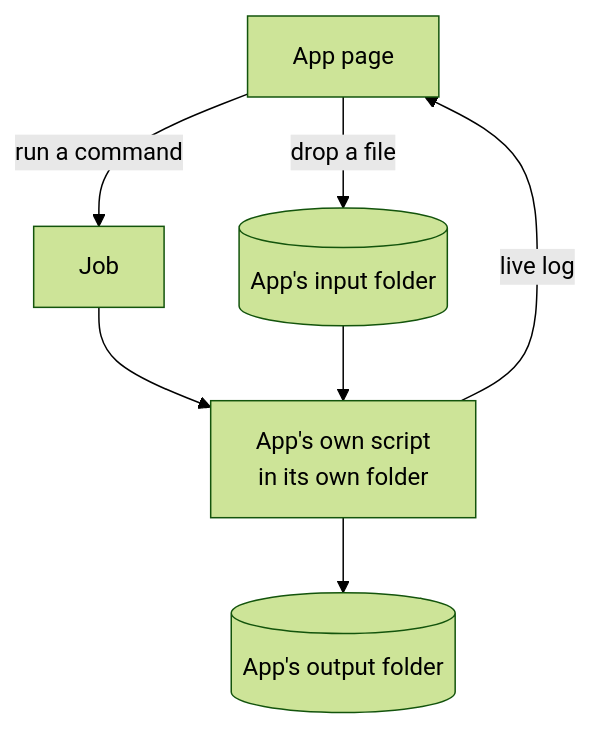
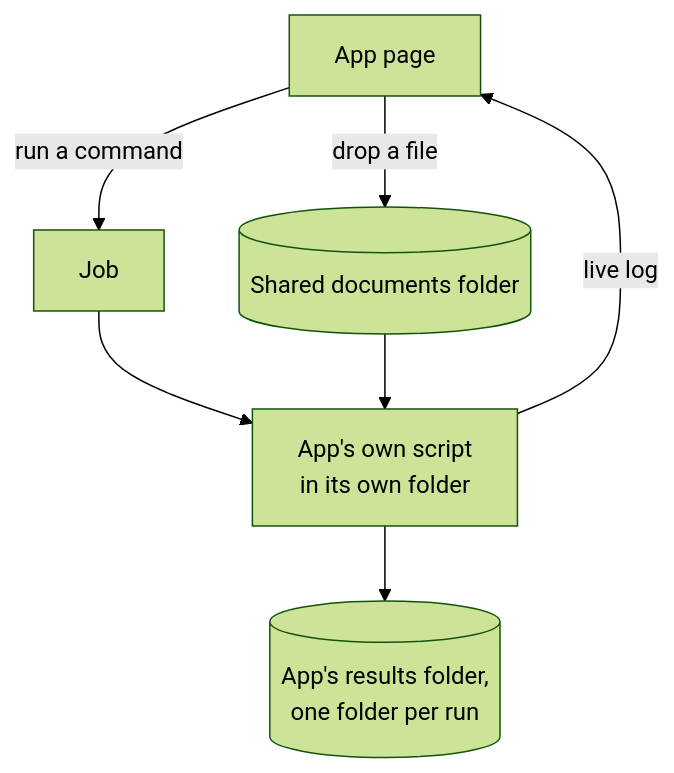
One commit to mashud37/kopi-workers changed the diagram in workers/kopi-console/README.md. Above: the diagram before and after it, drawn with Mermaid (forest theme). The commit also changed other lines of this file and 10 other files, not shown here.

Commit message:
Share one documents folder across tools, add Back and Copy to documents

````diff
--- a/workers/kopi-console/README.md
+++ b/workers/kopi-console/README.md
@@ -9,9 +9,9 @@
 ```mermaid
 flowchart TD
-    USER["App page"] -->|"drop a file"| INPUT[("App's input folder")]
+    USER["App page"] -->|"drop a file"| INPUT[("Shared documents folder")]
     USER -->|"run a command"| JOB["Job"]
     JOB --> CHILD["App's own script<br/>in its own folder"]
     INPUT --> CHILD
     CHILD -->|"live log"| USER
-    CHILD --> OUTPUT[("App's output folder")]
+    CHILD --> OUTPUT[("App's results folder,<br/>one folder per run")]
 ```
````
